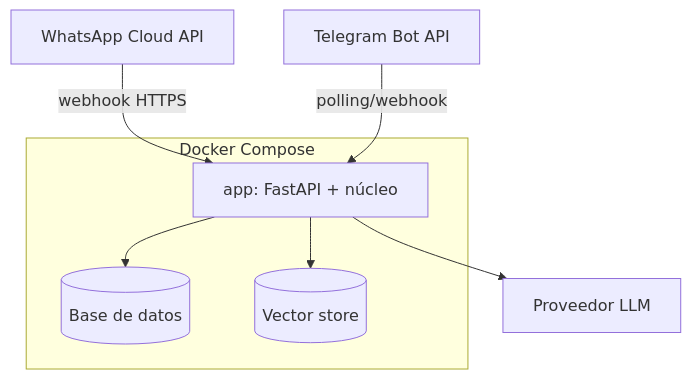
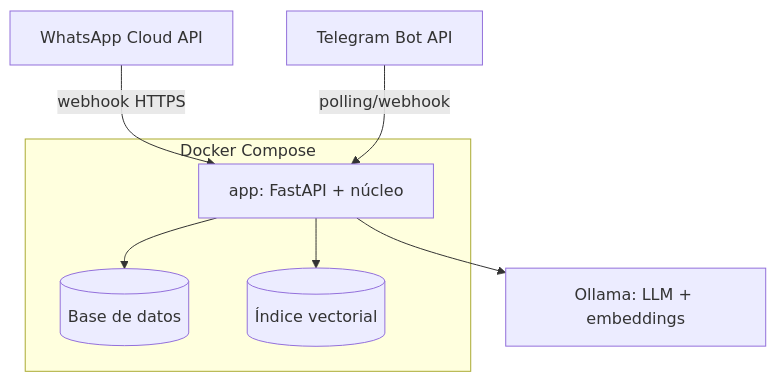
Before and after one commit to NicolasCastilloGaleano/chatbot-cardio-materno: the fourth of 4 diagrams in docs/02-arquitectura/arquitectura.md, drawn with Mermaid. The commit also changed other lines of this file and 85 other files, not shown here.

````diff
--- a/docs/02-arquitectura/arquitectura.md
+++ b/docs/02-arquitectura/arquitectura.md
@@ -108,13 +114,13 @@
 ```mermaid
 flowchart TB
     subgraph Docker Compose
         APP[app: FastAPI + núcleo]
         DB[(Base de datos)]
-        VEC[(Vector store)]
+        IDX[(Índice vectorial)]
     end
     WA[WhatsApp Cloud API] -- webhook HTTPS --> APP
     TG[Telegram Bot API] -- polling/webhook --> APP
-    APP --> LLMAPI[Proveedor LLM]
+    APP --> LLMAPI[Ollama: LLM + embeddings]
     APP --> DB
-    APP --> VEC
+    APP --> IDX
 ```
````
